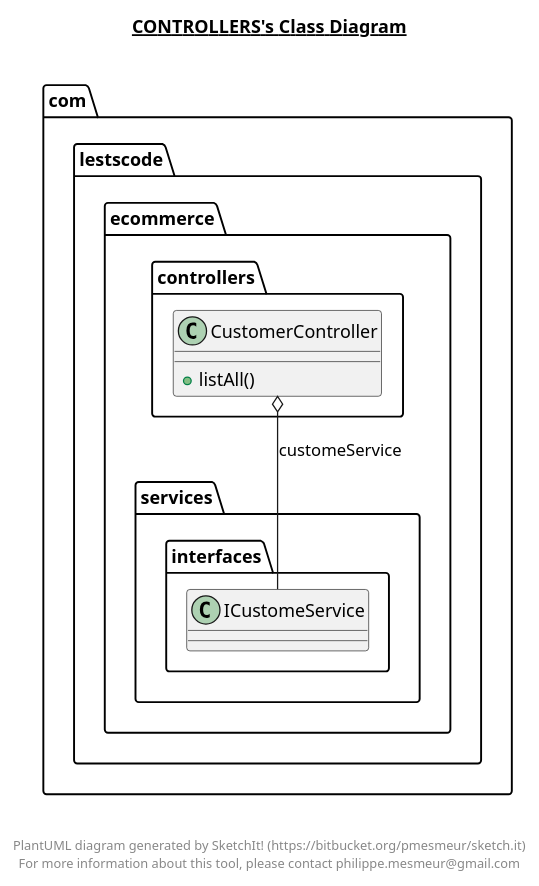
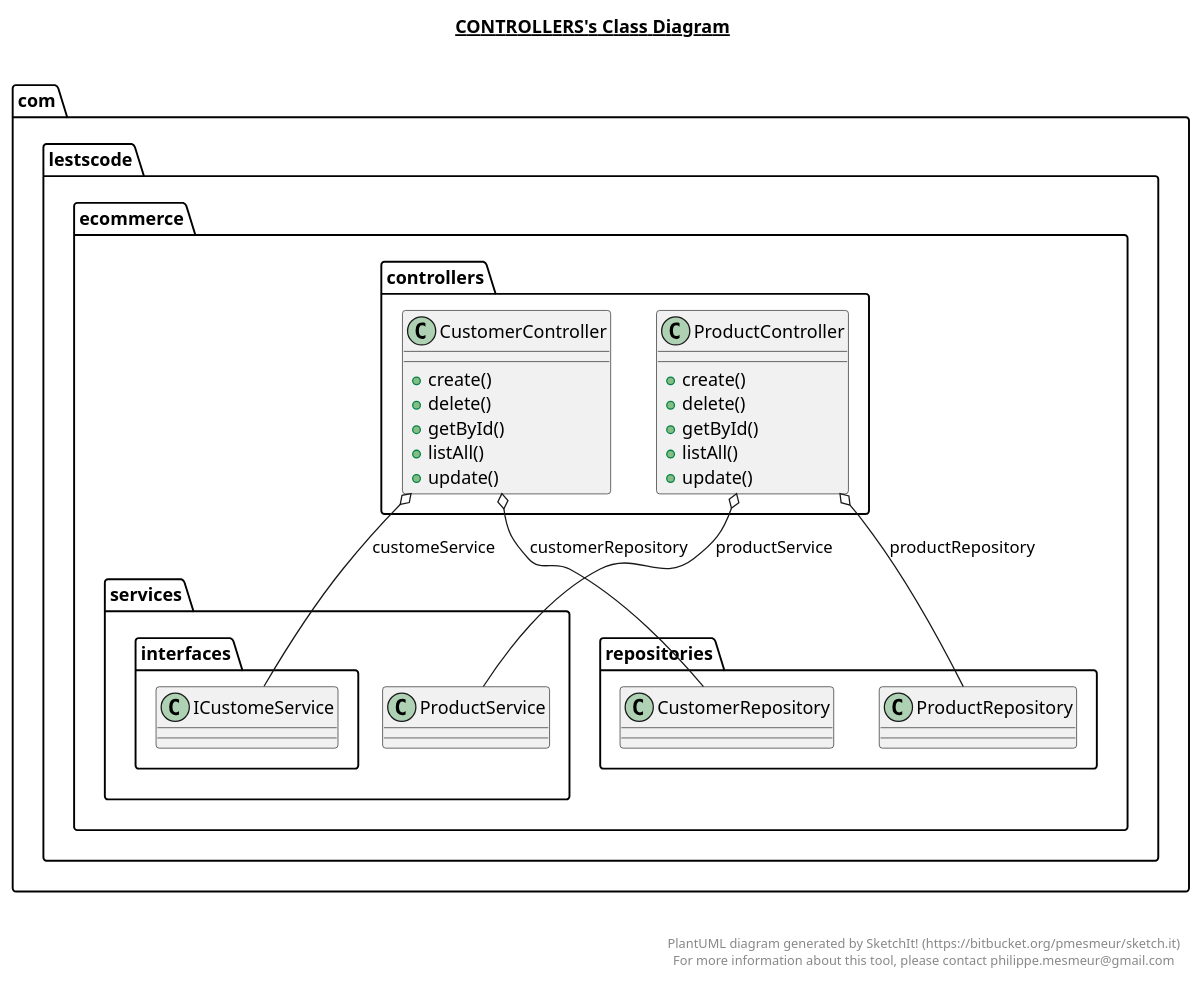
The diagram in src/main/java/com/lestscode/ecommerce/controllers/controllers.plantuml (heyder48/ecommerce), drawn with PlantUML before and after one commit. The commit also changed 18 other files, not shown here.

```diff
--- a/src/main/java/com/lestscode/ecommerce/controllers/controllers.plantuml
+++ b/src/main/java/com/lestscode/ecommerce/controllers/controllers.plantuml
@@ -1,24 +1,44 @@
 @startuml
 
 title __CONTROLLERS's Class Diagram__\n
 
   namespace com.lestscode.ecommerce {
     namespace controllers {
       class com.lestscode.ecommerce.controllers.CustomerController {
+          + create()
+          + delete()
+          + getById()
           + listAll()
+          + update()
+      }
+    }
+  }
+  
+
+  namespace com.lestscode.ecommerce {
+    namespace controllers {
+      class com.lestscode.ecommerce.controllers.ProductController {
+          + create()
+          + delete()
+          + getById()
+          + listAll()
+          + update()
       }
     }
   }
   
 
   com.lestscode.ecommerce.controllers.CustomerController o-- com.lestscode.ecommerce.services.interfaces.ICustomeService : customeService
+  com.lestscode.ecommerce.controllers.CustomerController o-- com.lestscode.ecommerce.repositories.CustomerRepository : customerRepository
+  com.lestscode.ecommerce.controllers.ProductController o-- com.lestscode.ecommerce.repositories.ProductRepository : productRepository
+  com.lestscode.ecommerce.controllers.ProductController o-- com.lestscode.ecommerce.services.ProductService : productService
 
 
 right footer
 
 
 PlantUML diagram generated by SketchIt! (https://bitbucket.org/pmesmeur/sketch.it)
 For more information about this tool, please contact philippe.mesmeur@gmail.com
 endfooter
 
 @enduml
```
